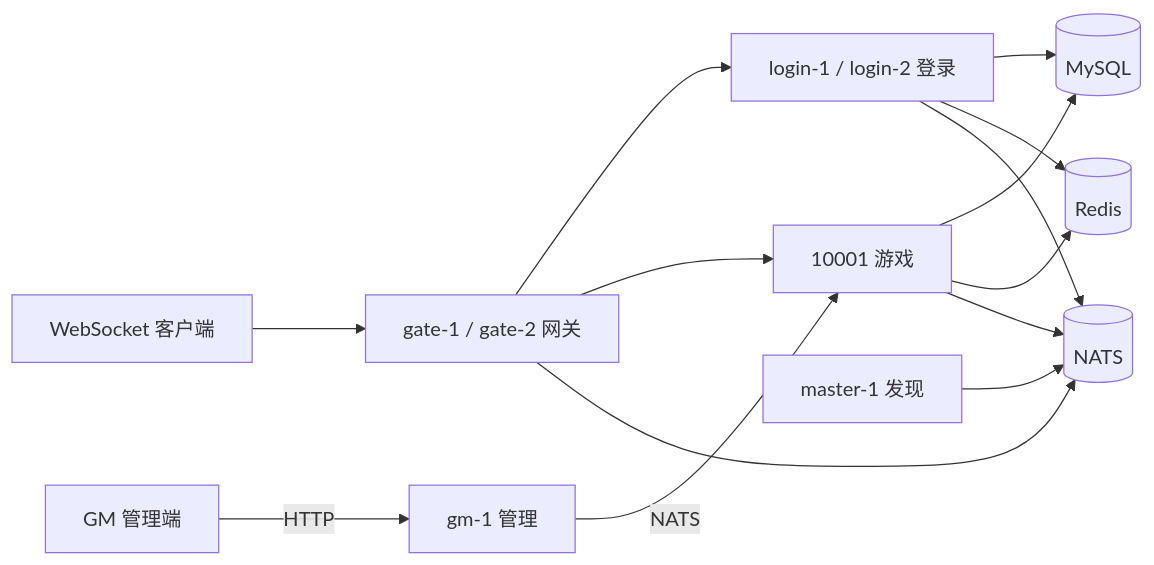
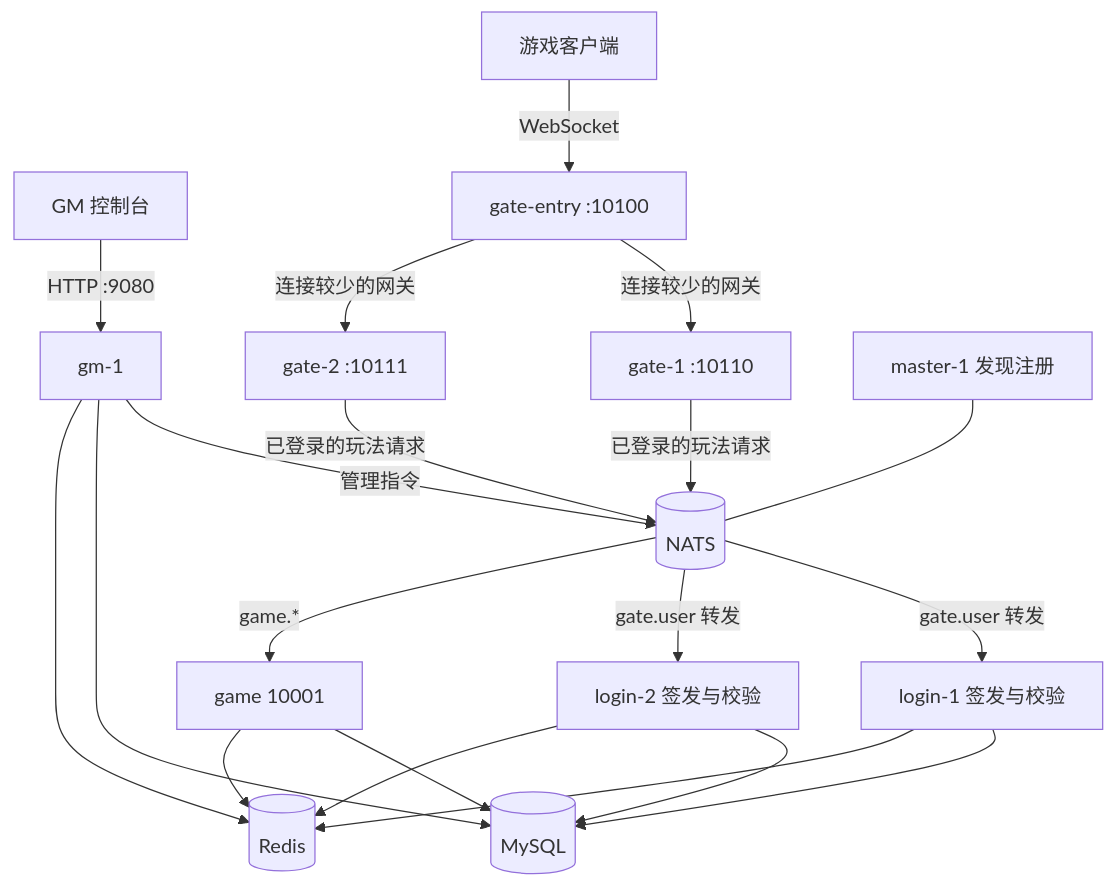
The first of 2 diagrams in README.md (Gluocheng/mmo-server), drawn with Mermaid before and after one commit. The commit also changed other lines of this file, not shown here.

Commit message:
docs: 补细集群和游戏节点架构图
入口、网关、登录、游戏和 GM 的实际路径分开画。游戏节点标出各玩法，以及场景、战斗、队伍和库各自放在哪。

````diff
--- a/README.md
+++ b/README.md
@@ -9,27 +11,39 @@
 ```mermaid
-flowchart LR
-  Client[WebSocket 客户端]
-  Admin[GM 管理端]
-  Gate[gate-1 / gate-2 网关]
-  Login[login-1 / login-2 登录]
-  Game[10001 游戏]
-  GM[gm-1 管理]
-  Master[master-1 发现]
+flowchart TB
+  Player[游戏客户端]
+  Console[GM 控制台]
+
+  Entry["gate-entry :10100"]
+  G1["gate-1 :10110"]
+  G2["gate-2 :10111"]
+  Player -->|WebSocket| Entry
+  Entry -->|连接较少的网关| G1
+  Entry -->|连接较少的网关| G2
+  Console -->|HTTP :9080| GM
+
   NATS[(NATS)]
+  Master[master-1 发现注册]
+  Master --- NATS
+  G1 -->|已登录的玩法请求| NATS
+  G2 -->|已登录的玩法请求| NATS
+
+  L1[login-1 签发与校验]
+  L2[login-2 签发与校验]
+  Game[game 10001]
+  GM[gm-1]
+  NATS -->|gate.user 转发| L1
+  NATS -->|gate.user 转发| L2
+  NATS -->|game.*| Game
+  GM -->|管理指令| NATS
+
   MySQL[(MySQL)]
   Redis[(Redis)]
-
-  Client --> Gate
-  Admin -->|HTTP| GM
-  Gate --> Login
-  Gate --> Game
-  GM -->|NATS| Game
-  Login --> MySQL
-  Login --> Redis
+  L1 --> MySQL
+  L1 --> Redis
+  L2 --> MySQL
+  L2 --> Redis
   Game --> MySQL
   Game --> Redis
-  Gate --> NATS
-  Login --> NATS
-  Game --> NATS
-  Master --> NATS
+  GM --> MySQL
+  GM --> Redis
 ```
````
